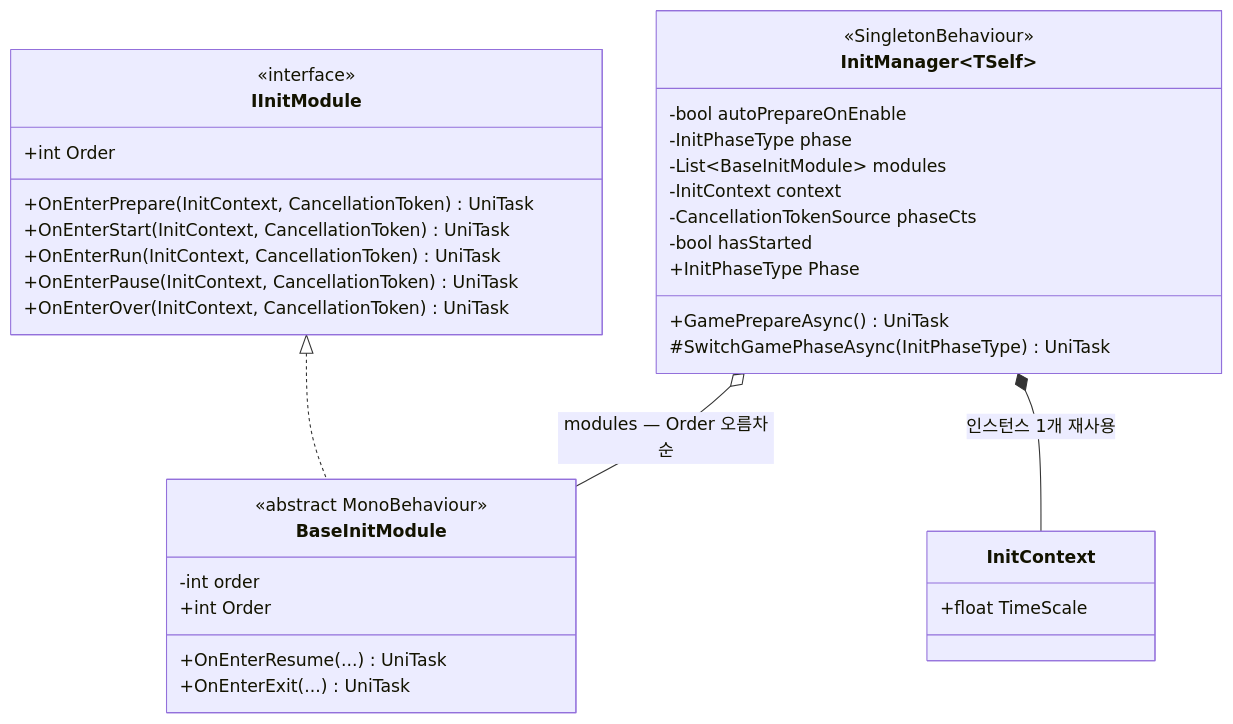
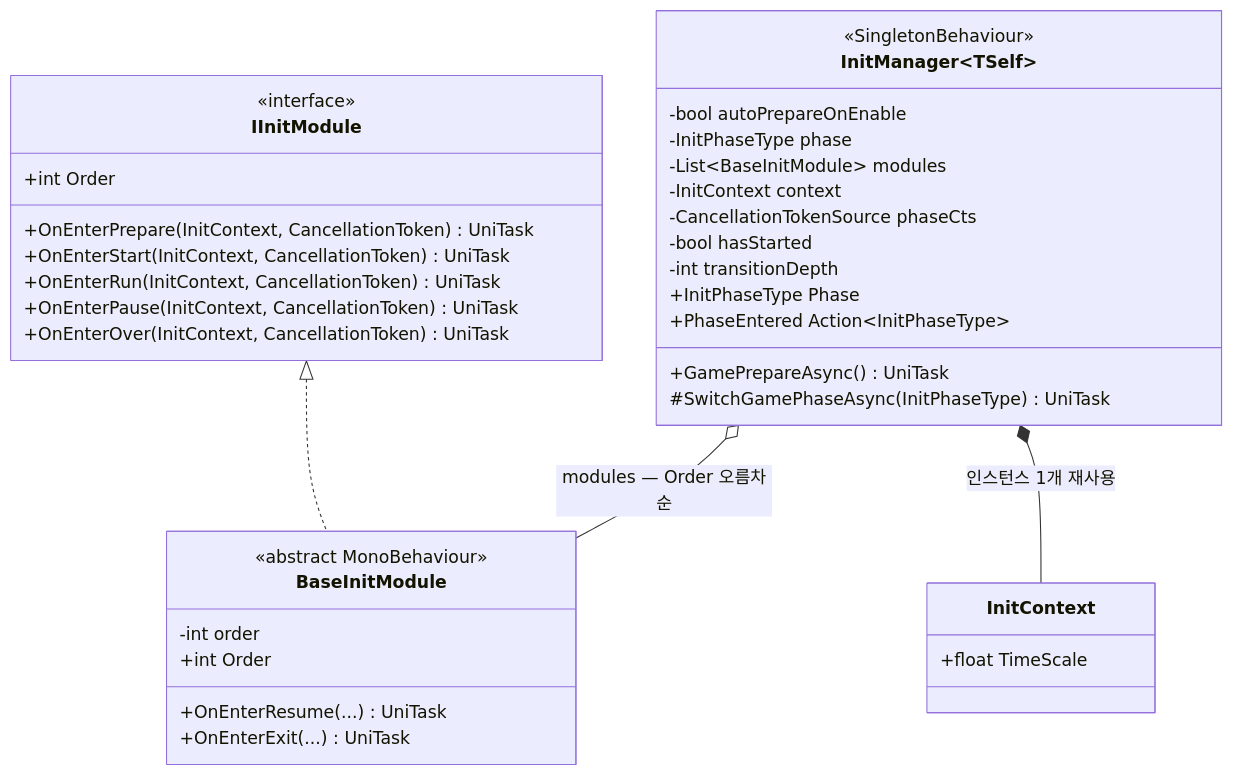
Before and after one commit to HoHong123/HCUP-Unity: the first of 5 diagrams in HGame/docs/InitModule.md, drawn with Mermaid. The commit also changed other lines of this file, not shown here.

First line of the commit message:
[Docs] 📝 07.08.26 sync InitModule.md with reentrancy guard changes

````diff
--- a/HGame/docs/InitModule.md
+++ b/HGame/docs/InitModule.md
@@ -41,38 +44,40 @@
 ```mermaid
 classDiagram
     class IInitModule {
         <<interface>>
         +int Order
         +OnEnterPrepare(InitContext, CancellationToken) UniTask
         +OnEnterStart(InitContext, CancellationToken) UniTask
         +OnEnterRun(InitContext, CancellationToken) UniTask
         +OnEnterPause(InitContext, CancellationToken) UniTask
         +OnEnterOver(InitContext, CancellationToken) UniTask
     }
     class BaseInitModule {
         <<abstract MonoBehaviour>>
         -int order
         +int Order
         +OnEnterResume(...) UniTask
         +OnEnterExit(...) UniTask
     }
     class InitManagerT["InitManager&lt;TSelf&gt;"] {
         <<SingletonBehaviour>>
         -bool autoPrepareOnEnable
         -InitPhaseType phase
         -List~BaseInitModule~ modules
         -InitContext context
         -CancellationTokenSource phaseCts
         -bool hasStarted
+        -int transitionDepth
         +InitPhaseType Phase
+        +PhaseEntered Action~InitPhaseType~
         +GamePrepareAsync() UniTask
         #SwitchGamePhaseAsync(InitPhaseType) UniTask
     }
     class InitContext {
         +float TimeScale
     }
 
     IInitModule <|.. BaseInitModule
     InitManagerT o-- BaseInitModule : modules — Order 오름차순
     InitManagerT *-- InitContext : 인스턴스 1개 재사용
 ```
````
